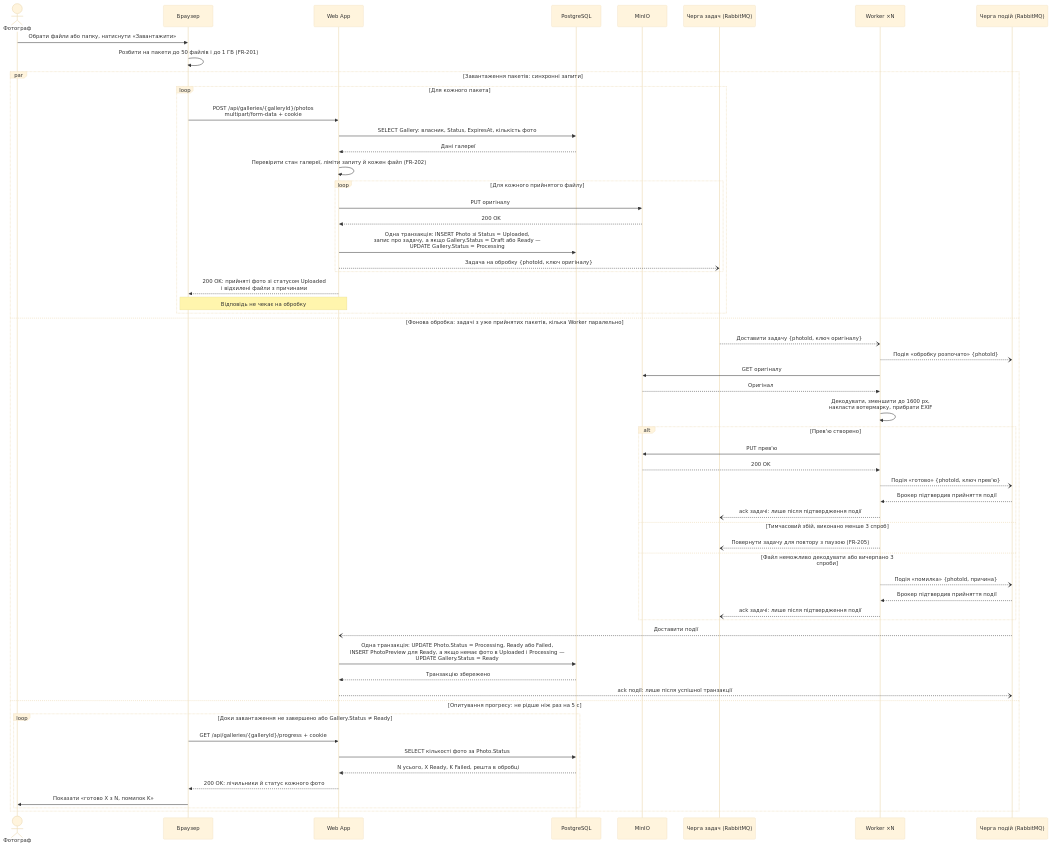
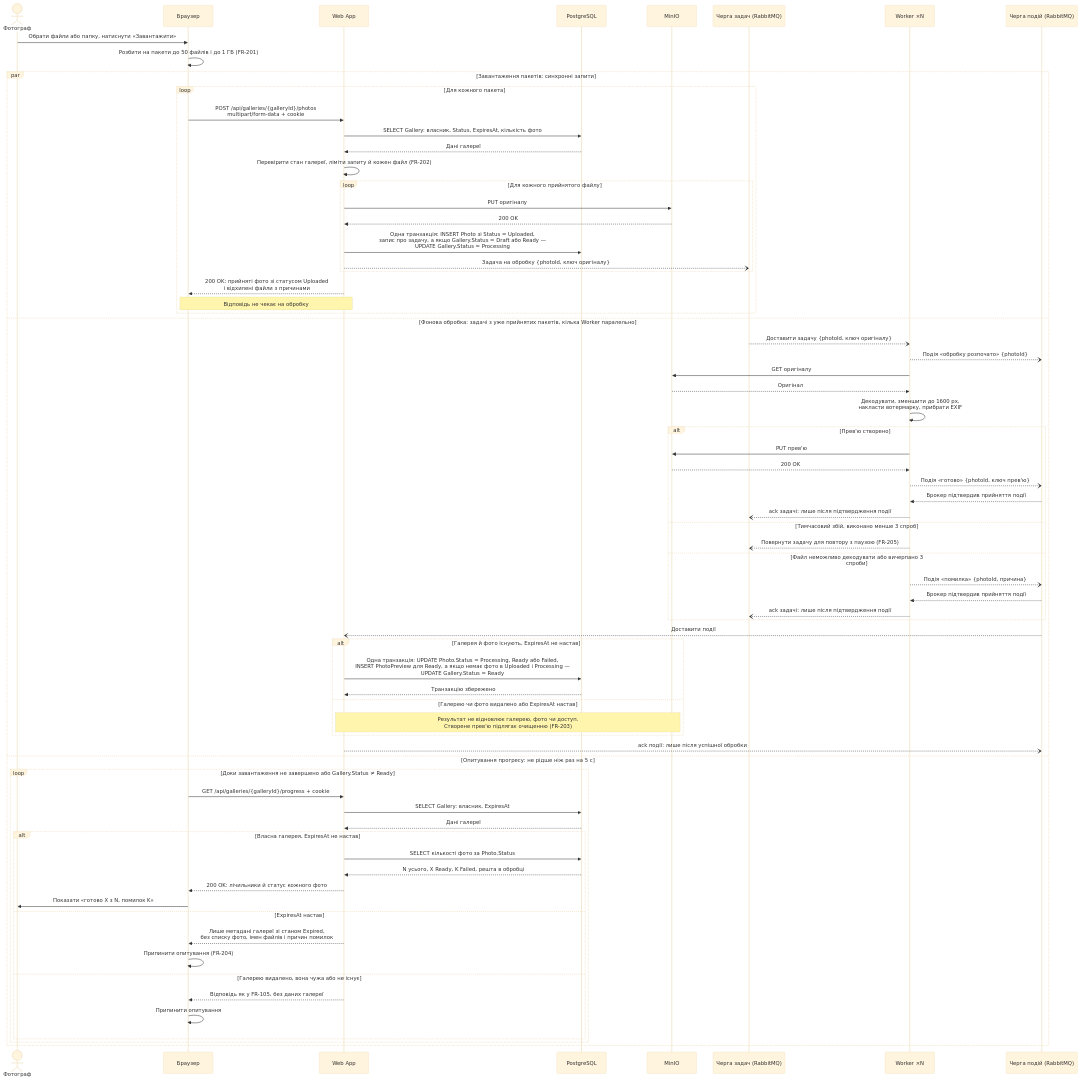
Before and after one commit to alonasaienko/picpick: the diagram in docs/04-architecture/flow-zone-b.md, drawn with Mermaid (base theme). The commit also changed other lines of this file, not shown here.

Commit message:
docs(architecture): recheck gallery state during processing and polling

````diff
--- a/docs/04-architecture/flow-zone-b.md
+++ b/docs/04-architecture/flow-zone-b.md
@@ -12,62 +12,76 @@
 ```mermaid
 sequenceDiagram
     actor Photographer as Фотограф
     participant Browser as Браузер
     participant WebApp as Web App
     participant PostgreSQL as PostgreSQL
     participant MinIO as MinIO
     participant Tasks as Черга задач (RabbitMQ)
     participant Worker as Worker ×N
     participant Events as Черга подій (RabbitMQ)
 
     Photographer->>Browser: Обрати файли або папку, натиснути «Завантажити»
     Browser->>Browser: Розбити на пакети до 50 файлів і до 1 ГБ (FR-201)
 
     par Завантаження пакетів: синхронні запити
         loop Для кожного пакета
             Browser->>WebApp: POST /api/galleries/{galleryId}/photos<br/>multipart/form-data + cookie
             WebApp->>PostgreSQL: SELECT Gallery: власник, Status, ExpiresAt, кількість фото
             PostgreSQL-->>WebApp: Дані галереї
             WebApp->>WebApp: Перевірити стан галереї, ліміти запиту й кожен файл (FR-202)
             loop Для кожного прийнятого файлу
                 WebApp->>MinIO: PUT оригіналу
                 MinIO-->>WebApp: 200 OK
                 WebApp->>PostgreSQL: Одна транзакція: INSERT Photo зі Status = Uploaded,<br/>запис про задачу, а якщо Gallery.Status = Draft або Ready —<br/>UPDATE Gallery.Status = Processing
                 WebApp--)Tasks: Задача на обробку {photoId, ключ оригіналу}
             end
             WebApp-->>Browser: 200 OK: прийняті фото зі статусом Uploaded<br/>і відхилені файли з причинами
             Note over Browser,WebApp: Відповідь не чекає на обробку
         end
     and Фонова обробка: задачі з уже прийнятих пакетів, кілька Worker паралельно
         Tasks--)Worker: Доставити задачу {photoId, ключ оригіналу}
         Worker--)Events: Подія «обробку розпочато» {photoId}
         Worker->>MinIO: GET оригіналу
         MinIO-->>Worker: Оригінал
         Worker->>Worker: Декодувати, зменшити до 1600 px,<br/>накласти вотермарку, прибрати EXIF
         alt Прев'ю створено
             Worker->>MinIO: PUT прев'ю
             MinIO-->>Worker: 200 OK
             Worker--)Events: Подія «готово» {photoId, ключ прев'ю}
             Events-->>Worker: Брокер підтвердив прийняття події
             Worker--)Tasks: ack задачі: лише після підтвердження події
         else Тимчасовий збій, виконано менше 3 спроб
             Worker--)Tasks: Повернути задачу для повтору з паузою (FR-205)
         else Файл неможливо декодувати або вичерпано 3 спроби
             Worker--)Events: Подія «помилка» {photoId, причина}
             Events-->>Worker: Брокер підтвердив прийняття події
             Worker--)Tasks: ack задачі: лише після підтвердження події
         end
         Events--)WebApp: Доставити події
-        WebApp->>PostgreSQL: Одна транзакція: UPDATE Photo.Status = Processing, Ready або Failed,<br/>INSERT PhotoPreview для Ready, а якщо немає фото в Uploaded і Processing —<br/>UPDATE Gallery.Status = Ready
-        PostgreSQL-->>WebApp: Транзакцію збережено
-        WebApp--)Events: ack події: лише після успішної транзакції
+        alt Галерея й фото існують, ExpiresAt не настав
+            WebApp->>PostgreSQL: Одна транзакція: UPDATE Photo.Status = Processing, Ready або Failed,<br/>INSERT PhotoPreview для Ready, а якщо немає фото в Uploaded і Processing —<br/>UPDATE Gallery.Status = Ready
+            PostgreSQL-->>WebApp: Транзакцію збережено
+        else Галерею чи фото видалено або ExpiresAt настав
+            Note over WebApp,MinIO: Результат не відновлює галерею, фото чи доступ.<br/>Створене прев'ю підлягає очищенню (FR-203)
+        end
+        WebApp--)Events: ack події: лише після успішної обробки
     and Опитування прогресу: не рідше ніж раз на 5 с
         loop Доки завантаження не завершено або Gallery.Status ≠ Ready
             Browser->>WebApp: GET /api/galleries/{galleryId}/progress + cookie
-            WebApp->>PostgreSQL: SELECT кількості фото за Photo.Status
-            PostgreSQL-->>WebApp: N усього, X Ready, K Failed, решта в обробці
-            WebApp-->>Browser: 200 OK: лічильники й статус кожного фото
-            Browser->>Photographer: Показати «готово X з N, помилок K»
+            WebApp->>PostgreSQL: SELECT Gallery: власник, ExpiresAt
+            PostgreSQL-->>WebApp: Дані галереї
+            alt Власна галерея, ExpiresAt не настав
+                WebApp->>PostgreSQL: SELECT кількості фото за Photo.Status
+                PostgreSQL-->>WebApp: N усього, X Ready, K Failed, решта в обробці
+                WebApp-->>Browser: 200 OK: лічильники й статус кожного фото
+                Browser->>Photographer: Показати «готово X з N, помилок K»
+            else ExpiresAt настав
+                WebApp-->>Browser: Лише метадані галереї зі станом Expired,<br/>без списку фото, імен файлів і причин помилок
+                Browser->>Browser: Припинити опитування (FR-204)
+            else Галерею видалено, вона чужа або не існує
+                WebApp-->>Browser: Відповідь як у FR-105, без даних галереї
+                Browser->>Browser: Припинити опитування
+            end
         end
     end
 ```
````
